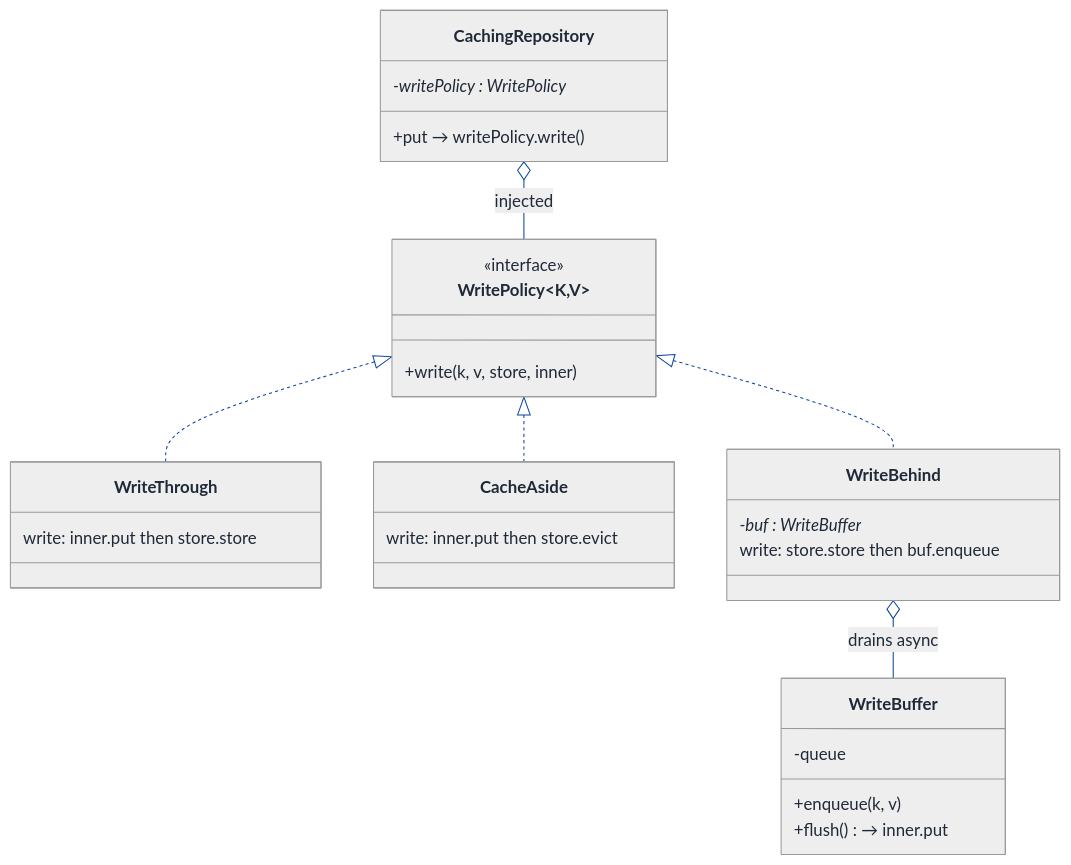
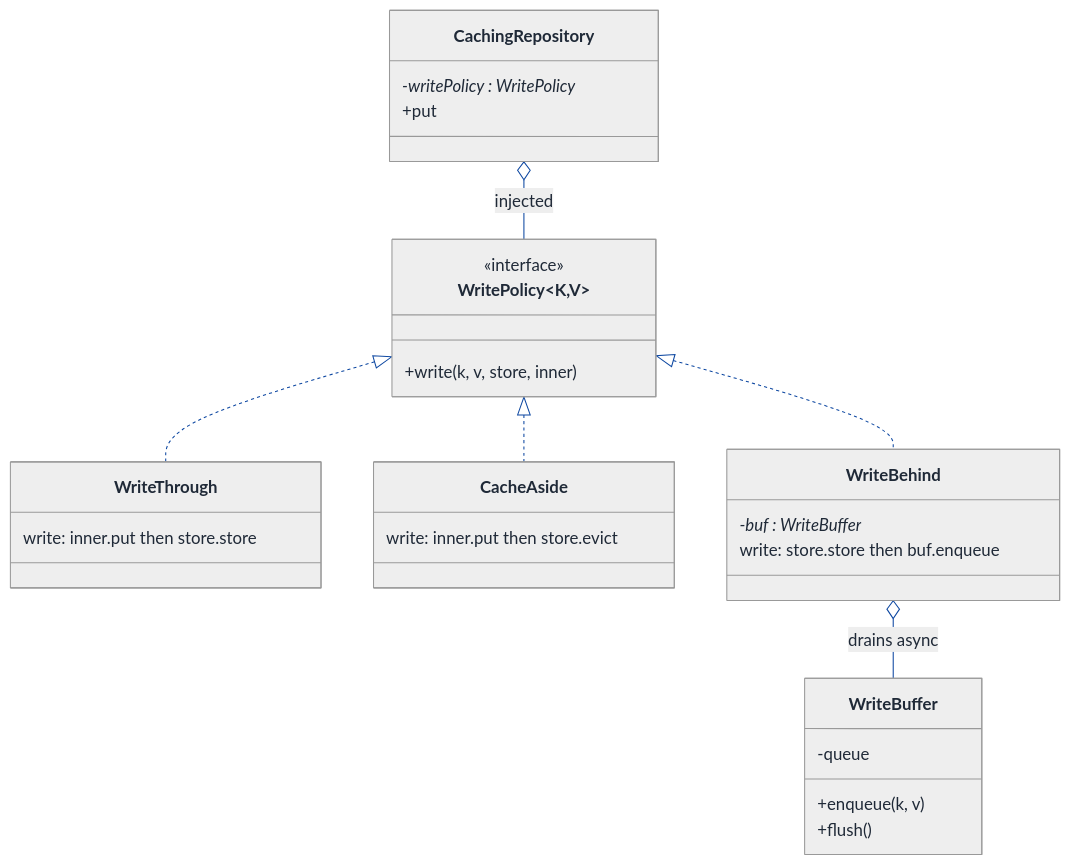
The third of 8 diagrams in LLD/Topics/Decorator_Pattern/Caching_Decorator.md (Prateek-5/question-bank), drawn with Mermaid before and after one commit. The commit also changed other lines of this file and 61 other files, not shown here.

First line of the commit message:
Fix invalid mermaid classDiagram member syntax across LLD walkthroughs

````diff
--- a/LLD/Topics/Decorator_Pattern/Caching_Decorator.md
+++ b/LLD/Topics/Decorator_Pattern/Caching_Decorator.md
@@ -547,64 +547,64 @@
 ```mermaid
 ---
 config:
   theme: neutral
   themeVariables:
     background: '#ffffff'
     primaryColor: '#cfe2ff'
     primaryTextColor: '#1f2937'
     primaryBorderColor: '#084298'
     secondaryColor: '#fff3cd'
     secondaryTextColor: '#1f2937'
     secondaryBorderColor: '#664d03'
     tertiaryColor: '#d1e7dd'
     tertiaryTextColor: '#1f2937'
     tertiaryBorderColor: '#0a3622'
     lineColor: '#0d47a1'
     textColor: '#1f2937'
     noteBkgColor: '#fff3cd'
     noteTextColor: '#1f2937'
     noteBorderColor: '#997404'
     actorBkg: '#cfe2ff'
     actorBorder: '#084298'
     actorTextColor: '#1f2937'
     signalColor: '#0d47a1'
     signalTextColor: '#1f2937'
     labelBoxBkgColor: '#ffffff'
     labelBoxBorderColor: '#d3d3d3'
     labelTextColor: '#1f2937'
     edgeLabelBackground: '#ffffff'
     labelBackground: '#ffffff'
     classText: '#1f2937'
     fontFamily: 'system-ui, -apple-system, Segoe UI, Helvetica, Arial, sans-serif'
 ---
 classDiagram
   direction TB
   class CachingRepository {
     -writePolicy : WritePolicy*
-    +put → writePolicy.write()
+    +put
   }
   class WritePolicy~K,V~ {
     <<interface>>
     +write(k, v, store, inner)
   }
   class WriteThrough {
     write: inner.put then store.store
   }
   class CacheAside {
     write: inner.put then store.evict
   }
   class WriteBehind {
     -buf : WriteBuffer*
     write: store.store then buf.enqueue
   }
   class WriteBuffer {
     -queue
     +enqueue(k, v)
-    +flush() → inner.put
+    +flush()
   }
   CachingRepository o-- WritePolicy : injected
   WritePolicy <|.. WriteThrough
   WritePolicy <|.. CacheAside
   WritePolicy <|.. WriteBehind
   WriteBehind o-- WriteBuffer : drains async
 ```
````
